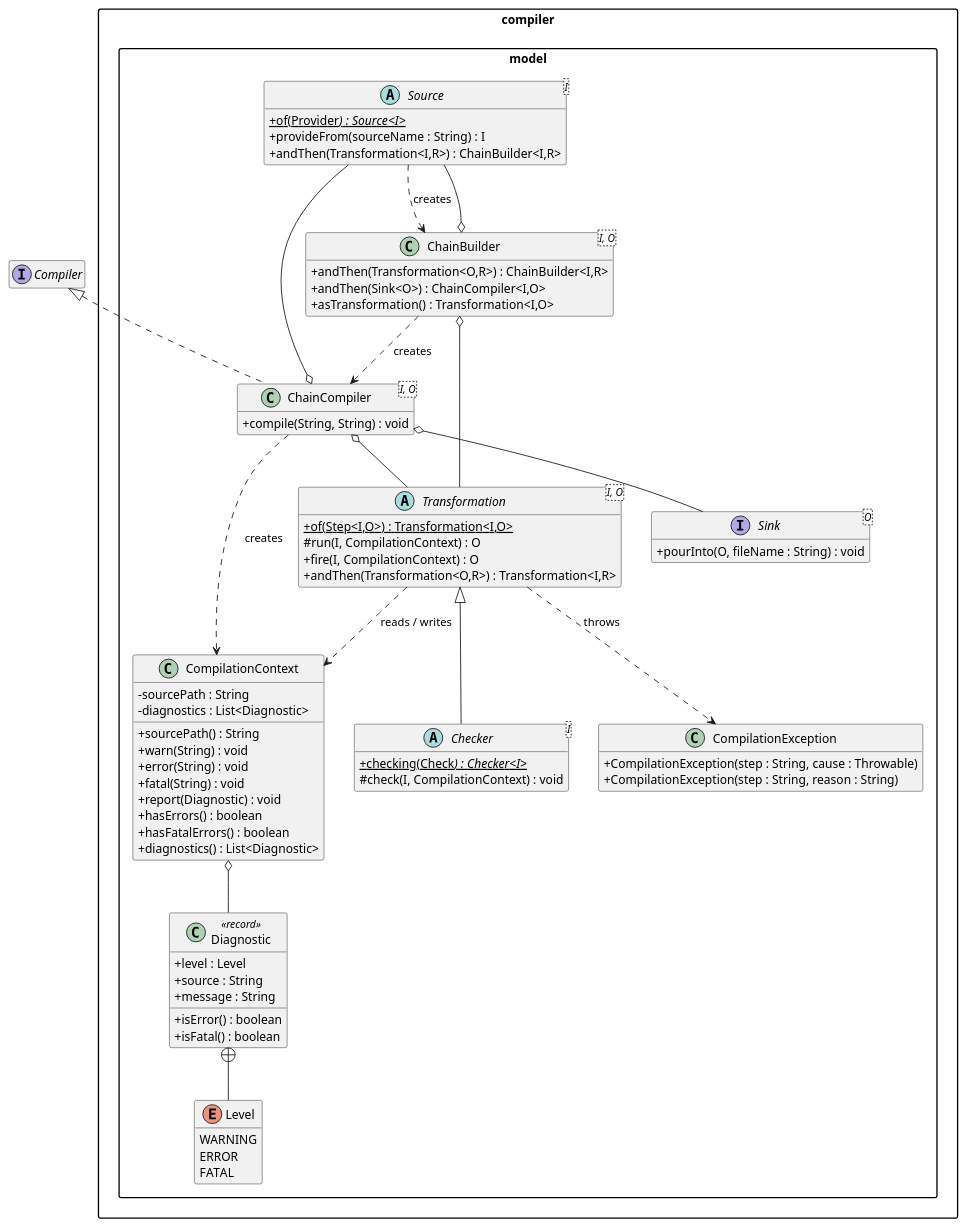
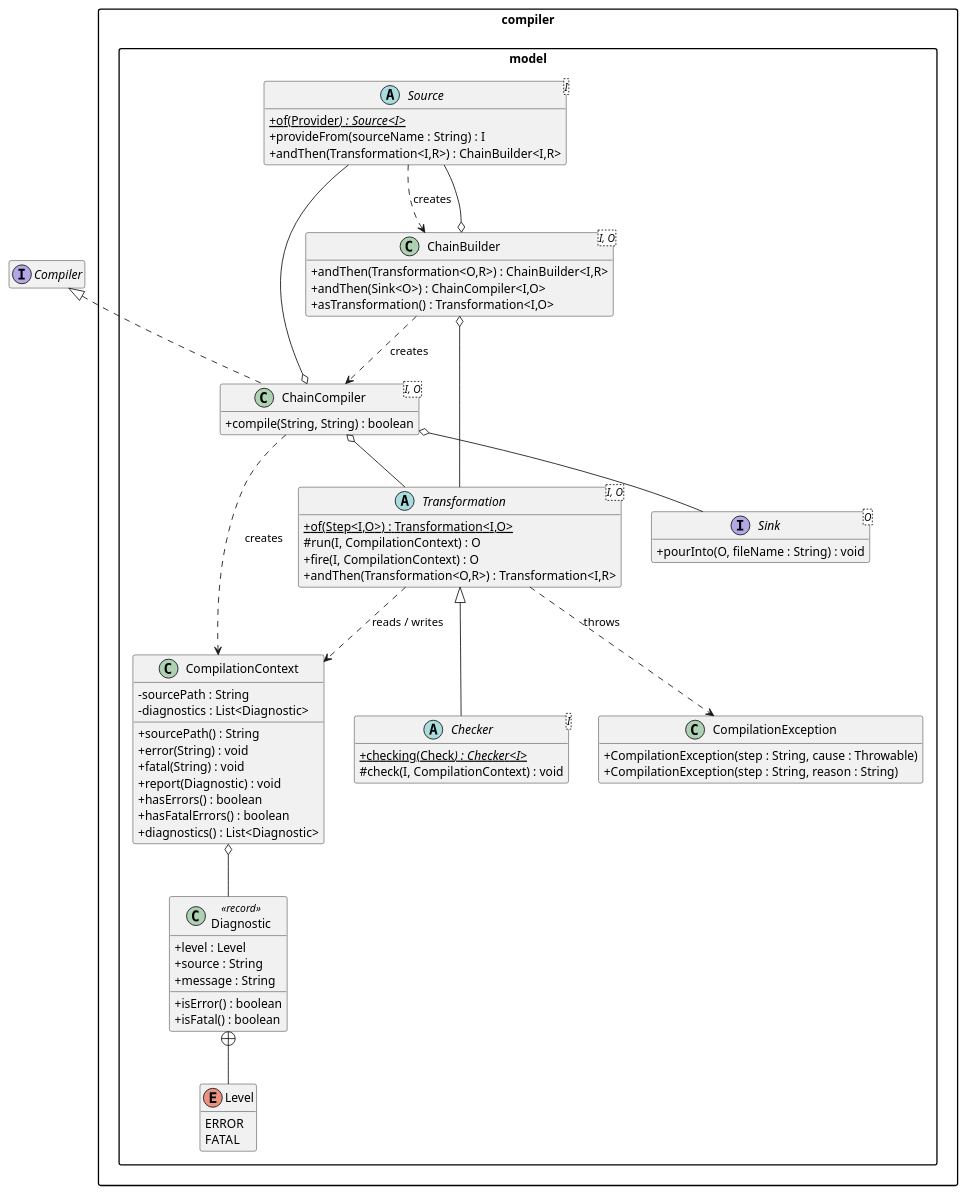
One commit to jpipe-mcscert/jpipe-compiler changed the second of 3 diagrams in docs/design/compiler.md. Above: the diagram before and after it, drawn with PlantUML. The commit also changed other lines of this file and 1 other file, not shown here.

First line of the commit message:
chore: remove StubCompiler and update design doc

```diff
--- a/docs/design/compiler.md
+++ b/docs/design/compiler.md
@@ -104,7 +96,6 @@
 skinparam classAttributeIconSize 0
 hide empty members
 
-' Stub
 interface Compiler
 
 package "compiler.model" {
@@ -138,14 +129,13 @@
   }
 
   class ChainCompiler<I, O> {
-    + compile(String, String) : void
+    + compile(String, String) : boolean
   }
 
   class CompilationContext {
     - sourcePath : String
     - diagnostics : List<Diagnostic>
     + sourcePath() : String
-    + warn(String) : void
     + error(String) : void
     + fatal(String) : void
     + report(Diagnostic) : void
@@ -163,7 +153,6 @@
   }
 
   enum Level {
-    WARNING
     ERROR
     FATAL
   }
```
